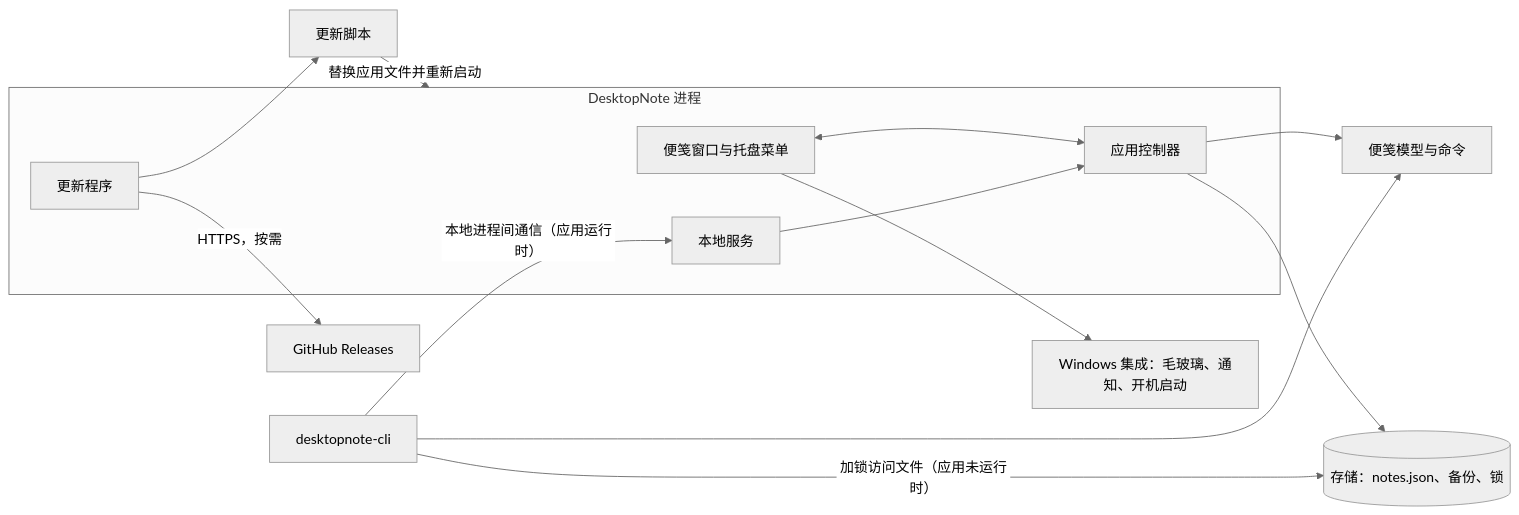
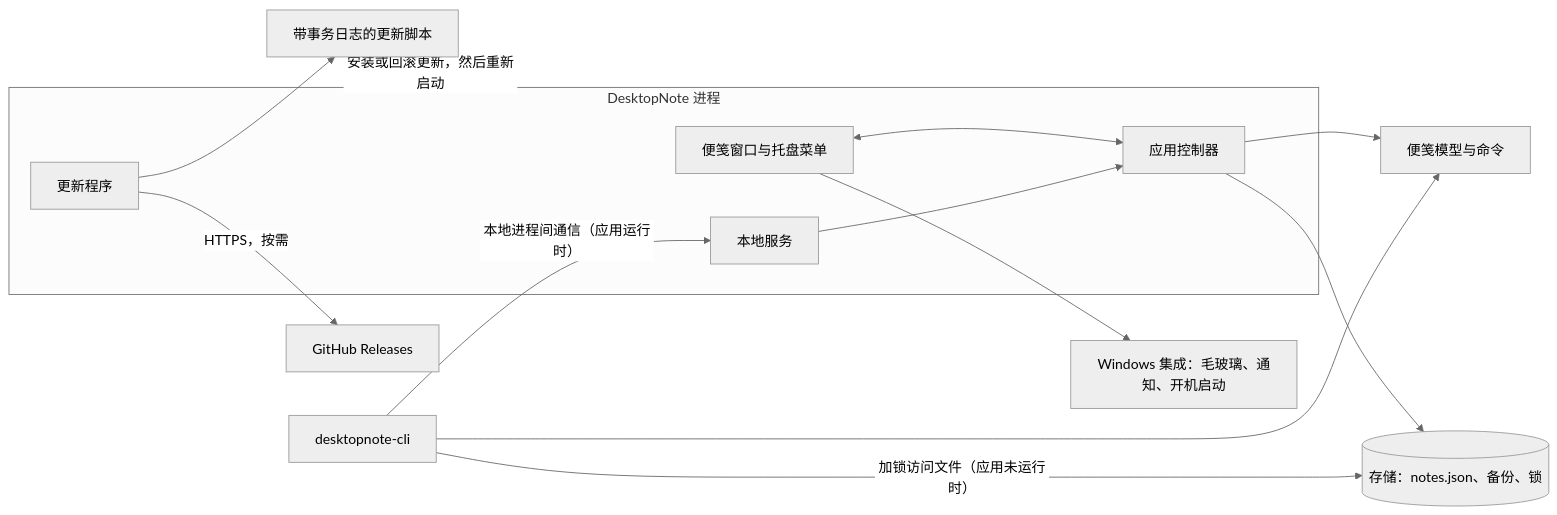
The diagram in README.zh-CN.md (SinGuLaRiTy2001/DesktopNote), drawn with Mermaid (neutral theme) before and after one commit. The commit also changed other lines of this file and 1 other file, not shown here.

````diff
--- a/README.zh-CN.md
+++ b/README.zh-CN.md
@@ -49,27 +49,27 @@
 ```mermaid
 flowchart LR
     subgraph GUI["DesktopNote 进程"]
         UI["便笺窗口与托盘菜单"]
         Controller["应用控制器"]
         Server["本地服务"]
         Updater["更新程序"]
     end
     CLI["desktopnote-cli"]
     Commands["便笺模型与命令"]
     Storage[("存储：notes.json、备份、锁")]
     Windows["Windows 集成：毛玻璃、通知、开机启动"]
     Releases["GitHub Releases"]
-    Script["更新脚本"]
+    Script["带事务日志的更新脚本"]
 
     UI <--> Controller
     Controller --> Commands
     Controller --> Storage
     Server --> Controller
     CLI -- "本地进程间通信（应用运行时）" --> Server
     CLI -- "加锁访问文件（应用未运行时）" --> Storage
     CLI --> Commands
     UI --> Windows
     Updater -- "HTTPS，按需" --> Releases
     Updater --> Script
-    Script -- "替换应用文件并重新启动" --> GUI
+    Script -- "安装或回滚更新，然后重新启动" --> GUI
 ```
````
